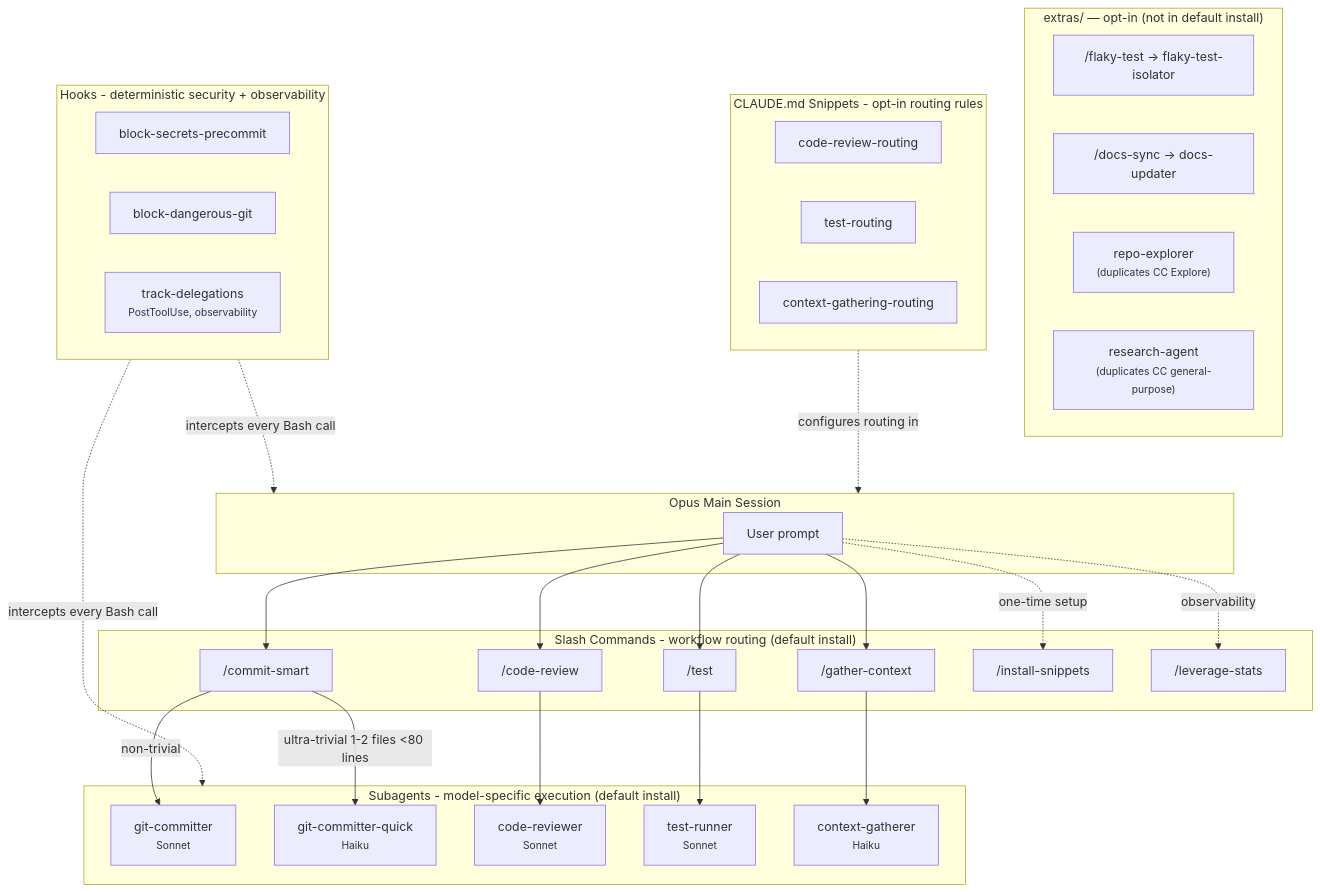
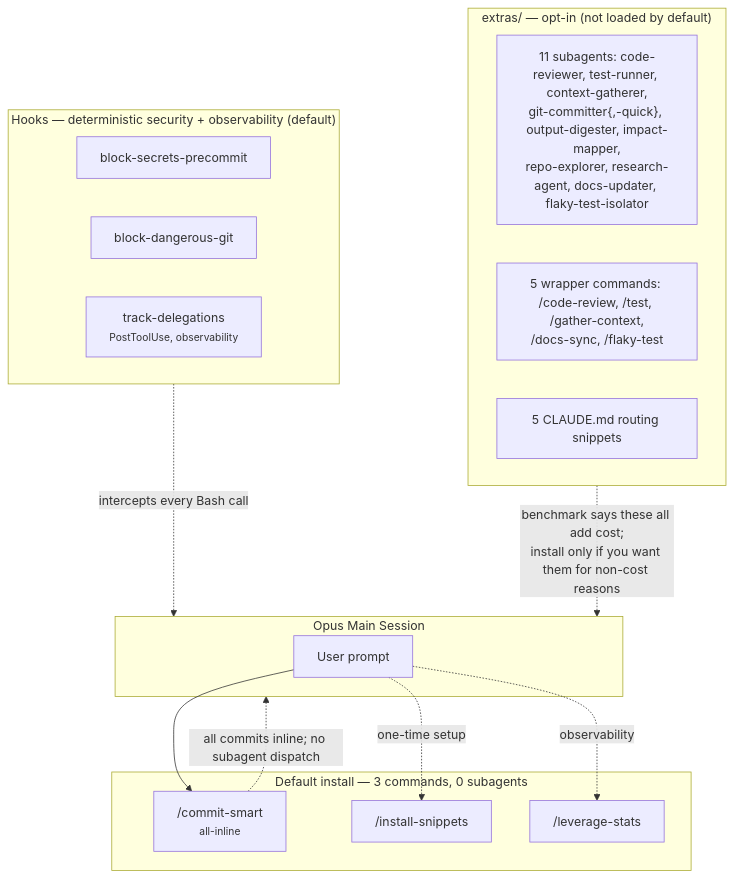
One commit to Filip-Podstavec/claude-leverage changed the diagram in README.md. Above: the diagram before and after it, drawn with Mermaid. The commit also changed other lines of this file and 73 other files, not shown here.

````diff
--- a/README.md
+++ b/README.md
@@ -31,55 +41,32 @@
 ```mermaid
 graph TB
     subgraph Main["Opus Main Session"]
         USER["User prompt"]
     end
 
-    subgraph Commands["Slash Commands - workflow routing (default install)"]
-        CS["/commit-smart"]
-        CR["/code-review"]
-        TT["/test"]
-        GCT["/gather-context"]
+    subgraph Commands["Default install — 3 commands, 0 subagents"]
+        CS["/commit-smart<br/><small>all-inline</small>"]
         IS["/install-snippets"]
         LS["/leverage-stats"]
     end
 
-    subgraph Agents["Subagents - model-specific execution (default install)"]
-        GC["git-committer<br/><small>Sonnet</small>"]
-        GCQ["git-committer-quick<br/><small>Haiku</small>"]
-        CRA["code-reviewer<br/><small>Sonnet</small>"]
-        TR["test-runner<br/><small>Sonnet</small>"]
-        CG["context-gatherer<br/><small>Haiku</small>"]
-    end
-
-    subgraph Extras["extras/ — opt-in (not in default install)"]
-        FT["/flaky-test → flaky-test-isolator"]
-        DS["/docs-sync → docs-updater"]
-        RX["repo-explorer<br/><small>(duplicates CC Explore)</small>"]
-        RA["research-agent<br/><small>(duplicates CC general-purpose)</small>"]
-    end
-
-    subgraph Hooks["Hooks - deterministic security + observability"]
+    subgraph Hooks["Hooks — deterministic security + observability (default)"]
         BS["block-secrets-precommit"]
         BD["block-dangerous-git"]
         TD["track-delegations<br/><small>PostToolUse, observability</small>"]
     end
 
-    subgraph Snippets["CLAUDE.md Snippets - opt-in routing rules"]
-        CRR["code-review-routing"]
-        TRR["test-routing"]
-        CGR["context-gathering-routing"]
+    subgraph Extras["extras/ — opt-in (not loaded by default)"]
+        EXAG["11 subagents: code-reviewer, test-runner, context-gatherer,<br/>git-committer{,-quick}, output-digester, impact-mapper,<br/>repo-explorer, research-agent, docs-updater, flaky-test-isolator"]
+        EXCMD["5 wrapper commands: /code-review, /test, /gather-context,<br/>/docs-sync, /flaky-test"]
+        EXSNIP["5 CLAUDE.md routing snippets"]
     end
 
-    USER --> CS & CR & TT & GCT
+    USER --> CS
     USER -.->|"one-time setup"| IS
     USER -.->|"observability"| LS
-    CS -->|"ultra-trivial 1-2 files <80 lines"| GCQ
-    CS -->|"non-trivial"| GC
-    CR --> CRA
-    TT --> TR
-    GCT --> CG
+    CS -.->|"all commits inline; no subagent dispatch"| Main
 
     Hooks -.->|"intercepts every Bash call"| Main
-    Hooks -.->|"intercepts every Bash call"| Agents
-    Snippets -.->|"configures routing in"| Main
+    Extras -.->|"benchmark says these all add cost;<br/>install only if you want them for non-cost reasons"| Main
 ```
````
